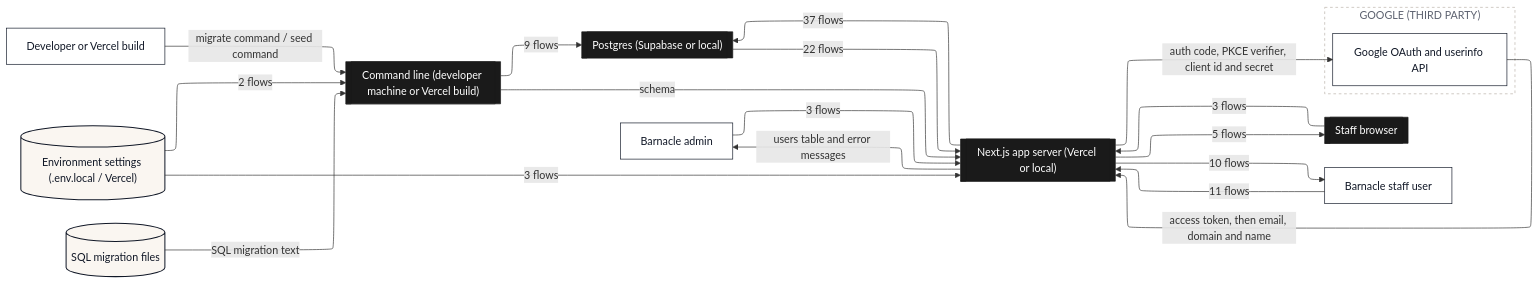
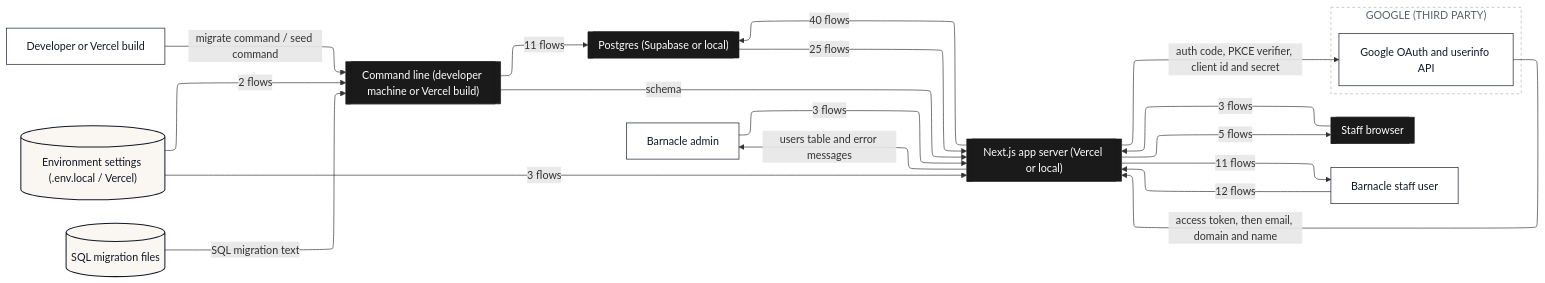
The second of 10 diagrams in dataflow/DATAFLOW.md (Romain-Perche/Barnacle-Pipe), drawn with Mermaid before and after one commit. The commit also changed other lines of this file and 11 other files, not shown here.

````diff
--- a/dataflow/DATAFLOW.md
+++ b/dataflow/DATAFLOW.md
@@ -94,45 +95,45 @@
 ```mermaid
 ---
 config:
   layout: elk
 ---
 flowchart LR
     n1[["Next.js app server (Vercel or local)"]]
     n2[["Staff browser"]]
     n3[["Command line (developer machine or Vercel build)"]]
     n4[["Postgres (Supabase or local)"]]
     n5["Barnacle admin"]
     n6["Developer or Vercel build"]
     n7[("Environment settings (.env.local / Vercel)")]
     n8[("SQL migration files")]
     n9["Barnacle staff user"]
     subgraph z1["GOOGLE (THIRD PARTY)"]
         n10["Google OAuth and userinfo API"]
     end
-    n1 -->|"37 flows"| n4
-    n1 -->|"10 flows"| n9
-    n4 -->|"22 flows"| n1
+    n1 -->|"40 flows"| n4
+    n1 -->|"11 flows"| n9
+    n4 -->|"25 flows"| n1
     n5 -->|"3 flows"| n1
     n2 -->|"3 flows"| n1
     n6 -->|"migrate command / seed command"| n3
     n7 -->|"3 flows"| n1
     n7 -->|"2 flows"| n3
     n1 -->|"5 flows"| n2
     n1 -->|"auth code, PKCE verifier, client id and secret"| n10
     n10 -->|"access token, then email, domain and name"| n1
-    n3 -->|"9 flows"| n4
+    n3 -->|"11 flows"| n4
     n3 -->|"schema"| n1
     n8 -->|"SQL migration text"| n3
-    n9 -->|"11 flows"| n1
+    n9 -->|"12 flows"| n1
     n1 -->|"users table and error messages"| n5
     classDef actor fill:#FFFFFF,stroke:#111827,stroke-width:1px,color:#111827
     classDef process fill:#EDEAFF,stroke:#2B00FF,stroke-width:1.5px,color:#111827
     classDef store fill:#FAF6F1,stroke:#111827,stroke-width:1.5px,color:#111827
     classDef zone fill:#1A1A1A,stroke:#1A1A1A,color:#FFFFFF
     classDef group fill:#2B00FF,stroke:#2B00FF,color:#FFFFFF
     classDef stub fill:#FFFFFF,stroke:#2B00FF,stroke-width:1.5px,stroke-dasharray:5 4,color:#2B00FF
     class n5,n6,n9,n10 actor
     class n7,n8 store
     class n1,n2,n3,n4 zone
     style z1 fill:#FFFFFF,stroke:#B9B2A8,stroke-dasharray:4 4,color:#5D6270
 ```
````
